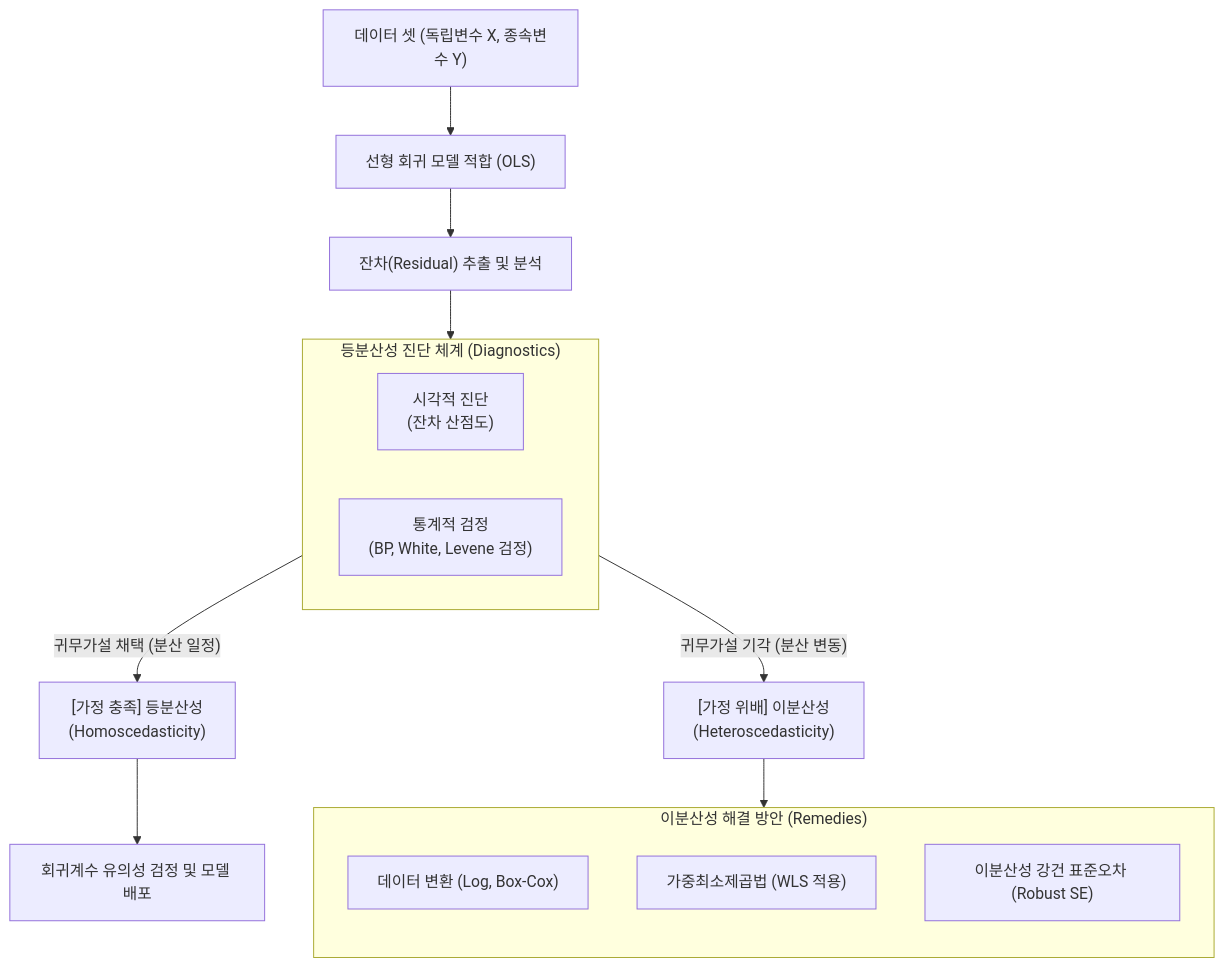
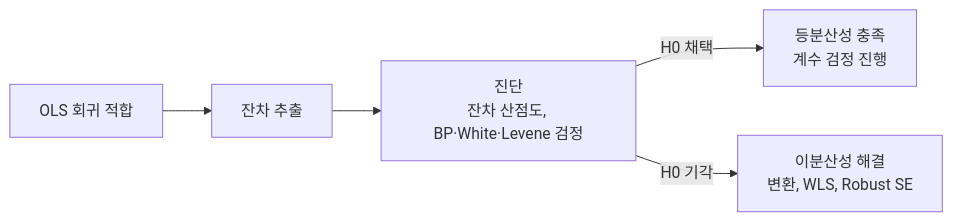
One commit to supremethumb/supremethumb.github.io changed the diagram in content/01_IT Tech/등분산성.md. Above: the diagram before and after it, drawn with Mermaid. The commit also changed other lines of this file and 1087 other files, not shown here.

````diff
--- a/content/01_IT Tech/등분산성.md
+++ b/content/01_IT Tech/등분산성.md
@@ -29,30 +34,7 @@
 ```mermaid
-flowchart TB
-    Data["데이터 셋 (독립변수 X, 종속변수 Y)"]
-    OLS["선형 회귀 모델 적합 (OLS)"]
-    Res["잔차(Residual) 추출 및 분석"]
-
-    subgraph Diagnostic["등분산성 진단 체계 (Diagnostics)"]
-        direction LR
-        Plot["시각적 진단<br/>(잔차 산점도)"]
-        Test["통계적 검정<br/>(BP, White, Levene 검정)"]
-    end
-
-    Homo["[가정 충족] 등분산성<br/>(Homoscedasticity)"]
-    Hetero["[가정 위배] 이분산성<br/>(Heteroscedasticity)"]
-
-    subgraph Solutions["이분산성 해결 방안 (Remedies)"]
-        direction TB
-        Sol1["데이터 변환 (Log, Box-Cox)"]
-        Sol2["가중최소제곱법 (WLS 적용)"]
-        Sol3["이분산성 강건 표준오차 (Robust SE)"]
-    end
-
-    Data --> OLS --> Res --> Diagnostic
-    Diagnostic -- "귀무가설 채택 (분산 일정)" --> Homo
-    Diagnostic -- "귀무가설 기각 (분산 변동)" --> Hetero
-    
-    Hetero --> Solutions
-    Homo --> Valid["회귀계수 유의성 검정 및 모델 배포"]
-
+flowchart LR
+    OLS["OLS 회귀 적합"] --> RES["잔차 추출"]
+    RES --> DIAG["진단<br/>잔차 산점도, BP·White·Levene 검정"]
+    DIAG -- "H0 채택" --> OK["등분산성 충족<br/>계수 검정 진행"]
+    DIAG -- "H0 기각" --> FIX["이분산성 해결<br/>변환, WLS, Robust SE"]
 ```
````
